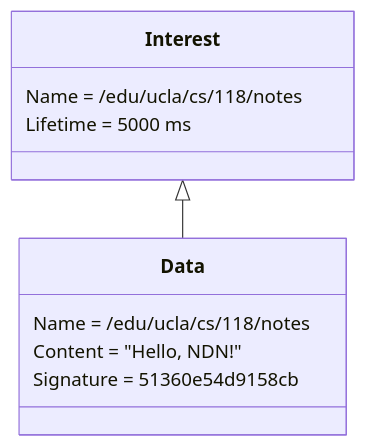
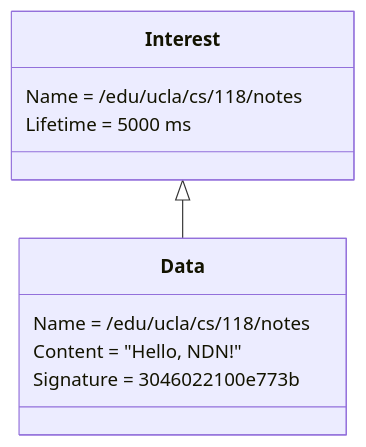
The diagram in docs/packets.md (named-data/ndn-101), drawn with Mermaid before and after one commit. The commit also changed other lines of this file and 2 other files, not shown here.

````diff
--- a/docs/packets.md
+++ b/docs/packets.md
@@ -13,13 +15,13 @@
 ``` mermaid
 classDiagram
   Interest <|-- Data
   class Interest{
     Name = /edu/ucla/cs/118/notes
     Lifetime = 5000 ms
   }
   class Data{
     Name = /edu/ucla/cs/118/notes
     Content = "Hello, NDN!"
-    Signature = 51360e54d9158cb
+    Signature = 3046022100e773b
   }
 ```
````
